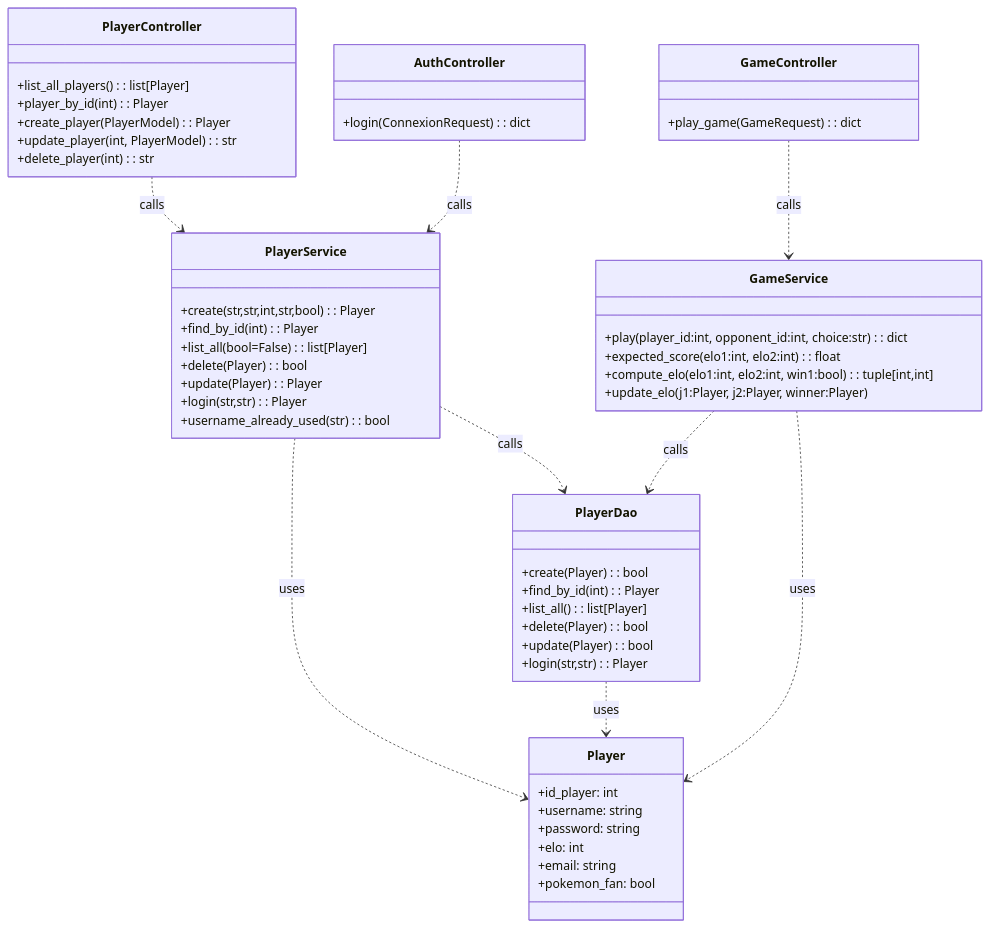
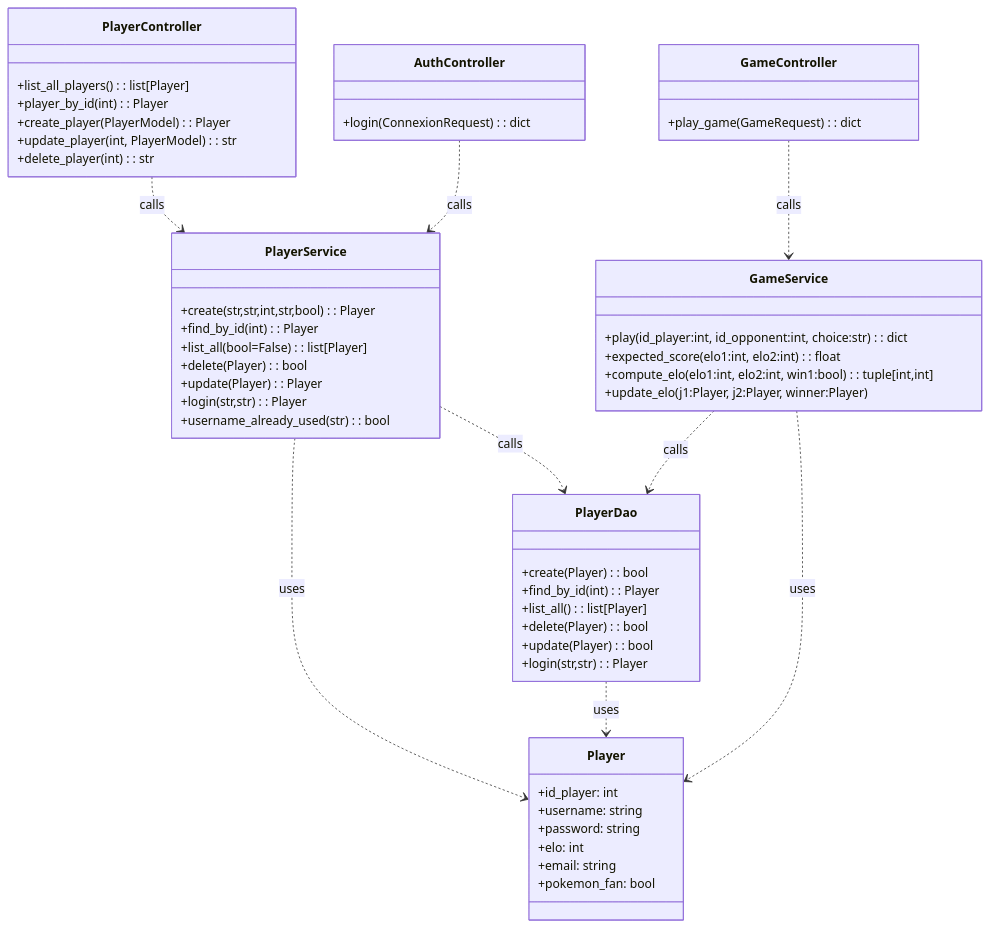
Before and after one commit to ludo2ne/ENSAI-2A-projet-info-template: the diagram in doc/class_diagram.md, drawn with Mermaid. The commit also changed 7 other files, not shown here.

````diff
--- a/doc/class_diagram.md
+++ b/doc/class_diagram.md
@@ -17,67 +17,67 @@
 ```mermaid
 classDiagram
     %% Business objects
     class Player {
         +id_player: int
         +username: string
         +password: string
         +elo: int
         +email: string
         +pokemon_fan: bool
     }
     
     %% Data Access Objects
     class PlayerDao {
         +create(Player): bool
         +find_by_id(int): Player
         +list_all(): list[Player]
         +delete(Player): bool
         +update(Player): bool
         +login(str,str): Player
     }
     
     %% Service layer
     class PlayerService {
         +create(str,str,int,str,bool): Player
         +find_by_id(int): Player
         +list_all(bool=False): list[Player]
         +delete(Player): bool
         +update(Player): Player
         +login(str,str): Player
         +username_already_used(str): bool
     }
 
     class GameService {
-        +play(player_id:int, opponent_id:int, choice:str): dict
+        +play(id_player:int, id_opponent:int, choice:str): dict
         +expected_score(elo1:int, elo2:int): float
         +compute_elo(elo1:int, elo2:int, win1:bool): tuple[int,int]
         +update_elo(j1:Player, j2:Player, winner:Player)
     }
     
     %% Controllers
     class PlayerController {
         +list_all_players(): list[Player]
         +player_by_id(int): Player
         +create_player(PlayerModel): Player
         +update_player(int, PlayerModel): str
         +delete_player(int): str
     }
 
     class AuthController {
         +login(ConnexionRequest): dict
     }
 
     class GameController {
         +play_game(GameRequest): dict
     }
 
     %% Relationships
     PlayerService ..> PlayerDao : calls
     PlayerService ..> Player : uses
     PlayerDao ..> Player : uses
     GameService ..> PlayerDao : calls
     GameService ..> Player : uses
     PlayerController ..> PlayerService : calls
     AuthController ..> PlayerService : calls
     GameController ..> GameService : calls
 ```
````
